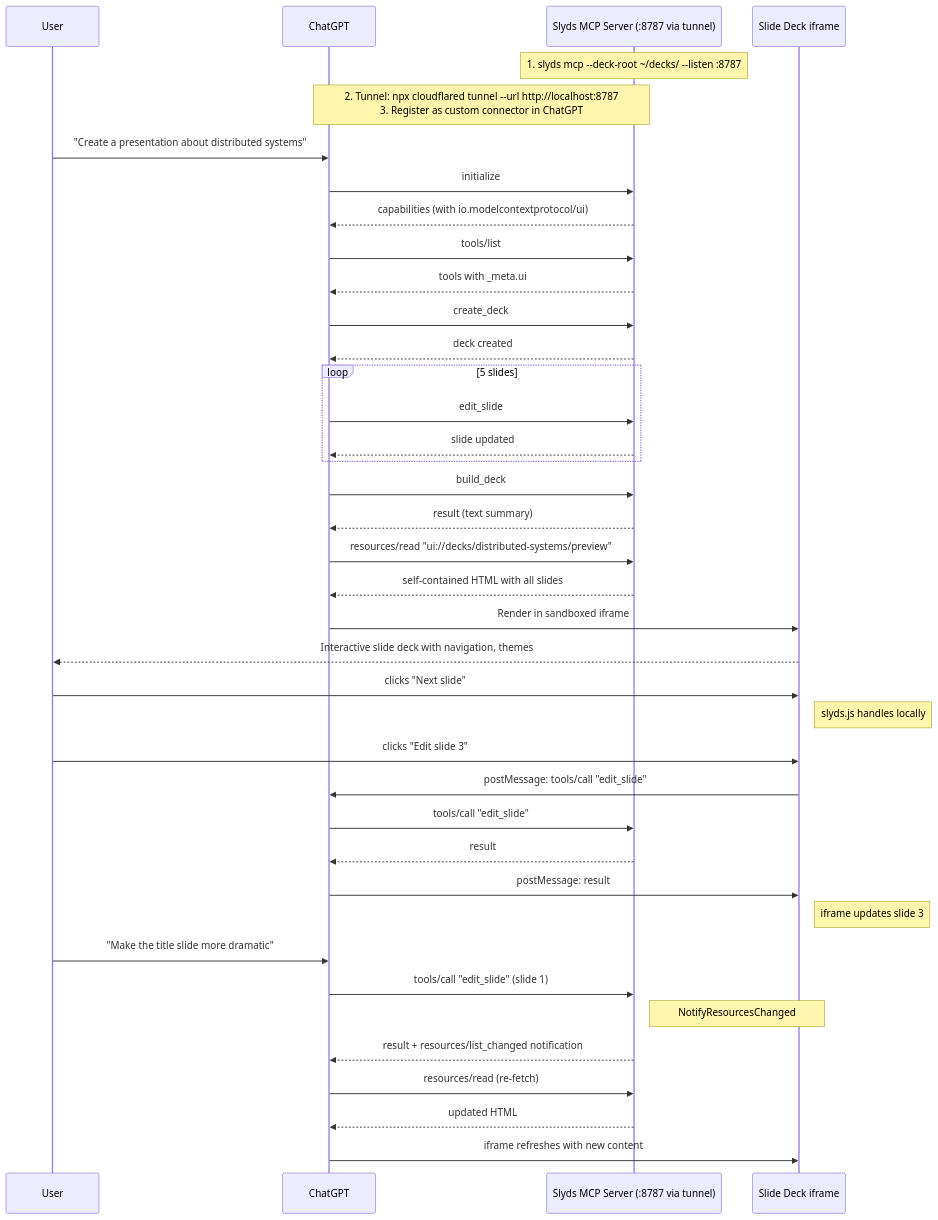
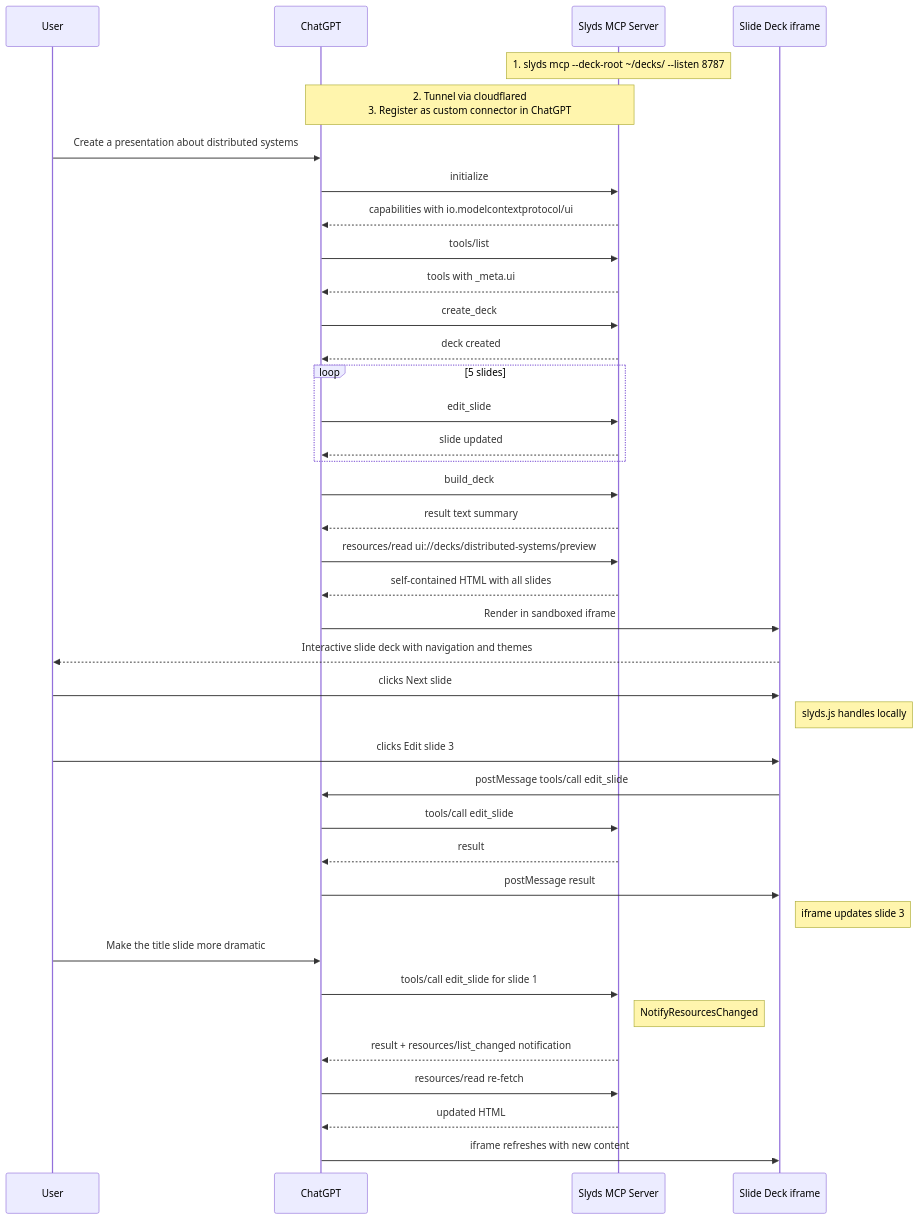
One commit to panyam/mcpkit changed the seventh of 7 diagrams in docs/APPS_DESIGN.md. Above: the diagram before and after it, drawn with Mermaid. The commit also changed other lines of this file, not shown here.

First line of the commit message:
fix: resolve mermaid syntax errors in sequence diagrams

````diff
--- a/docs/APPS_DESIGN.md
+++ b/docs/APPS_DESIGN.md
@@ -1243,49 +1245,49 @@
 ```mermaid
 sequenceDiagram
     participant User
     participant GPT as ChatGPT
-    participant Slyds as Slyds MCP Server (:8787 via tunnel)
+    participant Slyds as Slyds MCP Server
     participant App as Slide Deck iframe
 
-    Note over Slyds: 1. slyds mcp --deck-root ~/decks/ --listen :8787
-    Note over GPT,Slyds: 2. Tunnel: npx cloudflared tunnel --url http://localhost:8787<br/>3. Register as custom connector in ChatGPT
+    Note over Slyds: 1. slyds mcp --deck-root ~/decks/ --listen 8787
+    Note over GPT,Slyds: 2. Tunnel via cloudflared<br/>3. Register as custom connector in ChatGPT
 
-    User->>GPT: "Create a presentation about distributed systems"
+    User->>GPT: Create a presentation about distributed systems
 
     GPT->>Slyds: initialize
-    Slyds-->>GPT: capabilities (with io.modelcontextprotocol/ui)
+    Slyds-->>GPT: capabilities with io.modelcontextprotocol/ui
     GPT->>Slyds: tools/list
     Slyds-->>GPT: tools with _meta.ui
     GPT->>Slyds: create_deck
     Slyds-->>GPT: deck created
     loop 5 slides
         GPT->>Slyds: edit_slide
         Slyds-->>GPT: slide updated
     end
     GPT->>Slyds: build_deck
-    Slyds-->>GPT: result (text summary)
+    Slyds-->>GPT: result text summary
 
-    GPT->>Slyds: resources/read "ui://decks/distributed-systems/preview"
+    GPT->>Slyds: resources/read ui://decks/distributed-systems/preview
     Slyds-->>GPT: self-contained HTML with all slides
 
     GPT->>App: Render in sandboxed iframe
-    App-->>User: Interactive slide deck with navigation, themes
+    App-->>User: Interactive slide deck with navigation and themes
 
-    User->>App: clicks "Next slide"
+    User->>App: clicks Next slide
     Note right of App: slyds.js handles locally
 
-    User->>App: clicks "Edit slide 3"
-    App->>GPT: postMessage: tools/call "edit_slide"
-    GPT->>Slyds: tools/call "edit_slide"
+    User->>App: clicks Edit slide 3
+    App->>GPT: postMessage tools/call edit_slide
+    GPT->>Slyds: tools/call edit_slide
     Slyds-->>GPT: result
-    GPT->>App: postMessage: result
+    GPT->>App: postMessage result
     Note right of App: iframe updates slide 3
 
-    User->>GPT: "Make the title slide more dramatic"
-    GPT->>Slyds: tools/call "edit_slide" (slide 1)
+    User->>GPT: Make the title slide more dramatic
+    GPT->>Slyds: tools/call edit_slide for slide 1
     Note right of Slyds: NotifyResourcesChanged
     Slyds-->>GPT: result + resources/list_changed notification
-    GPT->>Slyds: resources/read (re-fetch)
+    GPT->>Slyds: resources/read re-fetch
     Slyds-->>GPT: updated HTML
     GPT->>App: iframe refreshes with new content
 ```
````
